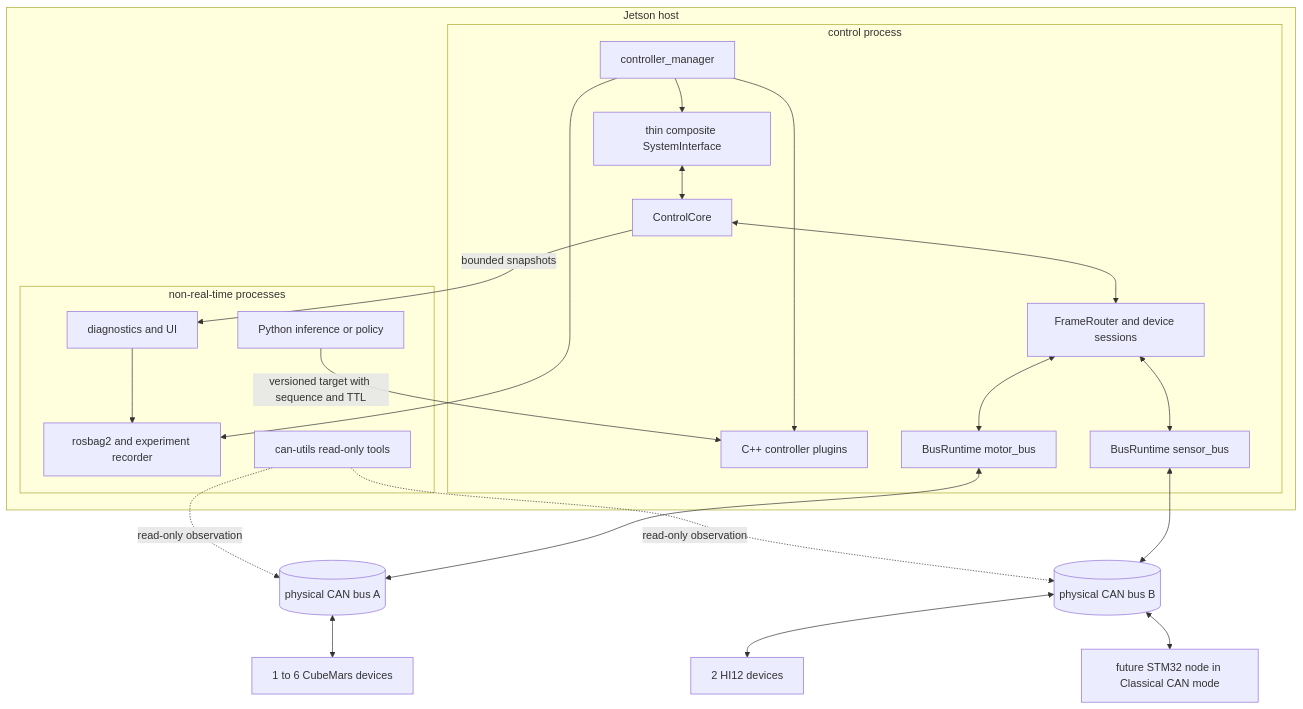
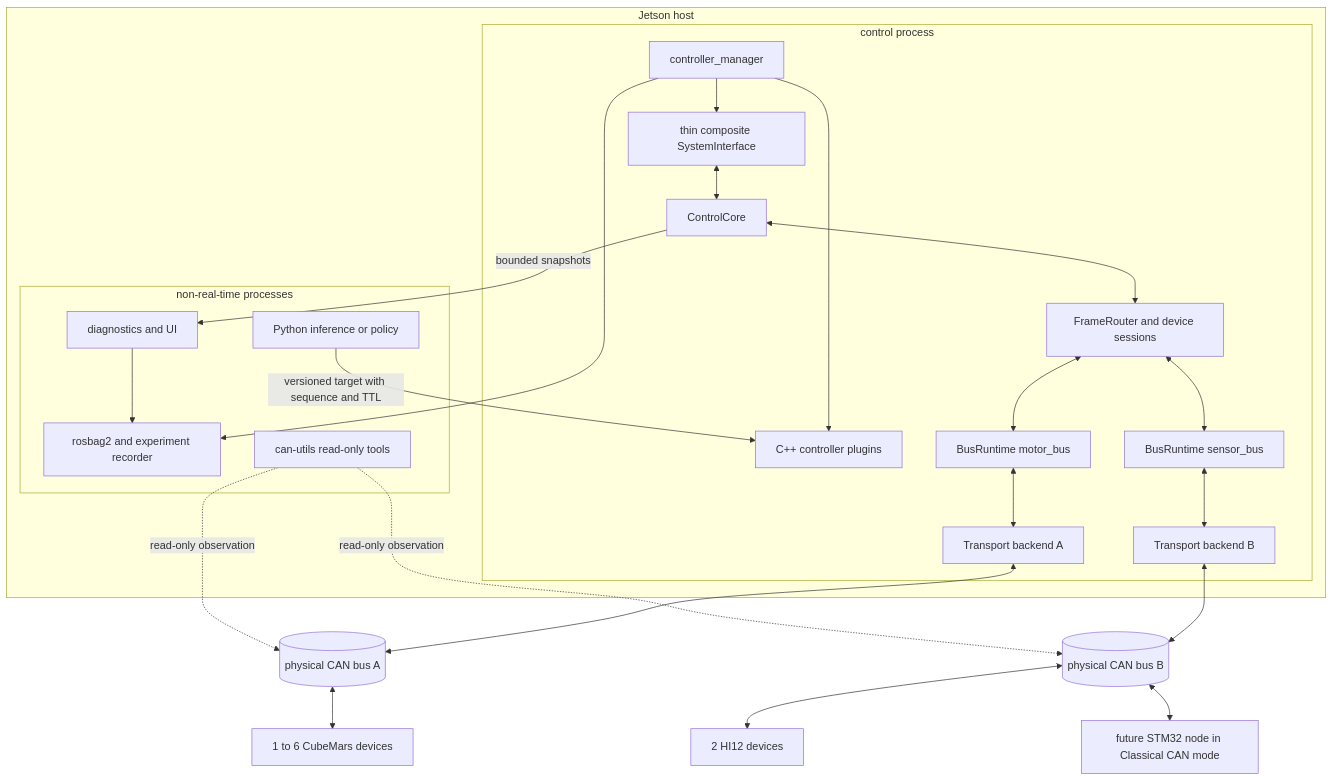
Before and after one commit to Makoto20S/jetson_mech_control: the first of 5 diagrams in docs/planning/02_architecture_and_interfaces.md, drawn with Mermaid. The commit also changed other lines of this file and 14 other files, not shown here.

````diff
--- a/docs/planning/02_architecture_and_interfaces.md
+++ b/docs/planning/02_architecture_and_interfaces.md
@@ -28,37 +28,41 @@
 ```mermaid
 flowchart TB
     subgraph J[Jetson host]
         subgraph CP[control process]
             CM[controller_manager]
             CTRL[C++ controller plugins]
             HW[thin composite SystemInterface]
             CORE[ControlCore]
             ROUTER[FrameRouter and device sessions]
             B0[BusRuntime motor_bus]
             B1[BusRuntime sensor_bus]
+            T0[Transport backend A]
+            T1[Transport backend B]
             CM --> CTRL
             CM --> HW
             HW <--> CORE
             CORE <--> ROUTER
             ROUTER <--> B0
             ROUTER <--> B1
         end
         subgraph NR[non-real-time processes]
             PY[Python inference or policy]
             DIAG[diagnostics and UI]
             BAG[rosbag2 and experiment recorder]
             TOOLS[can-utils read-only tools]
         end
         PY -->|versioned target with sequence and TTL| CTRL
         CORE -->|bounded snapshots| DIAG
         CM --> BAG
         DIAG --> BAG
     end
-    B0 <--> CAN0[(physical CAN bus A)]
-    B1 <--> CAN1[(physical CAN bus B)]
+    B0 <--> T0
+    T0 <--> CAN0[(physical CAN bus A)]
+    B1 <--> T1
+    T1 <--> CAN1[(physical CAN bus B)]
     CAN0 <--> MOTORS[1 to 6 CubeMars devices]
     CAN1 <--> IMUS[2 HI12 devices]
     CAN1 <--> STM[future STM32 node in Classical CAN mode]
     TOOLS -. read-only observation .-> CAN0
     TOOLS -. read-only observation .-> CAN1
 ```
````
